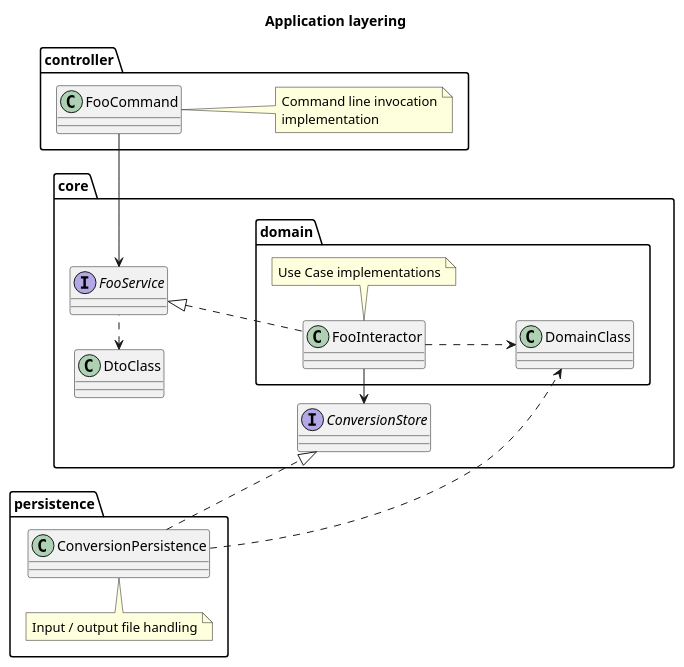
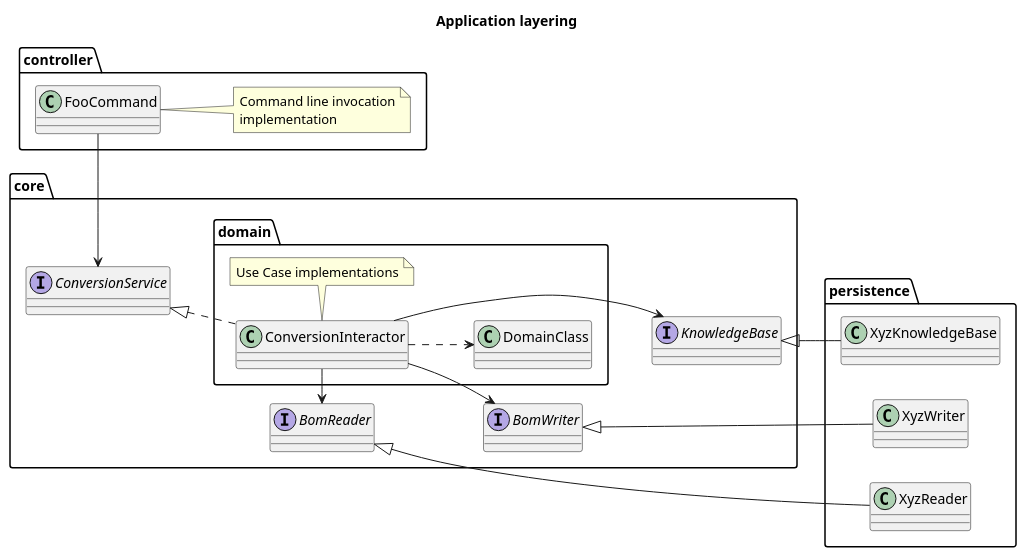
Before and after one commit to philips-software/spdx-builder: the diagram in src/main/java/com/philips/research/spdxbuilder/layers.puml, drawn with PlantUML. The commit also changed 94 other files, not shown here.

```diff
--- a/src/main/java/com/philips/research/spdxbuilder/layers.puml
+++ b/src/main/java/com/philips/research/spdxbuilder/layers.puml
@@ -1,48 +1,56 @@
 @startuml
 
 title
     Application layering
 end title
 
 left to right direction
 
 package controller {
     class FooCommand
     note right
         Command line invocation
         implementation
     end note
 }
 
 package core {
-    class DtoClass
-
-    interface FooService
-    FooCommand -l-> FooService
-    FooService .l.> DtoClass
+    interface ConversionService
+    FooCommand -l-> ConversionService
 
     package domain {
-        class FooInteractor
+        class ConversionInteractor
         note bottom
             Use Case implementations
         end note
-        FooService <|.. FooInteractor
+        ConversionService <|.. ConversionInteractor
 
         class DomainClass
-        FooInteractor ..> DomainClass
+        ConversionInteractor ..> DomainClass
     }
 
-    interface ConversionStore
-    FooInteractor -> ConversionStore
+    interface BomReader
+    ConversionInteractor -> BomReader
+
+    interface BomWriter
+    ConversionInteractor -> BomWriter
+
+    interface KnowledgeBase
+    ConversionInteractor -> KnowledgeBase
+
+    BomReader -[hidden]- BomWriter
+    BomWriter -[hidden]- KnowledgeBase
 }
 
 package persistence {
-    class ConversionPersistence
-    note top
-        Input / output file handling
-    end note
-    ConversionStore <|.u. ConversionPersistence
-    ConversionPersistence ..> DomainClass
+    class XyzReader
+    BomReader <|-- XyzReader
+
+    class XyzWriter
+    BomWriter <|-- XyzWriter
+
+    class XyzKnowledgeBase
+    KnowledgeBase <|-- XyzKnowledgeBase
 }
 
 @enduml
```
